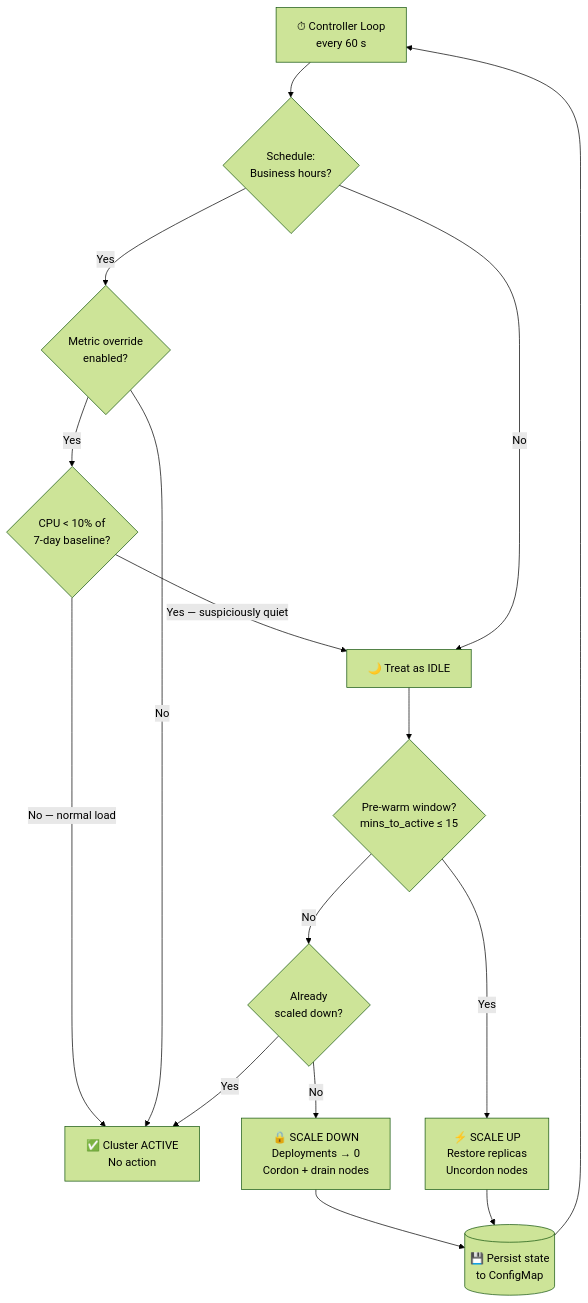
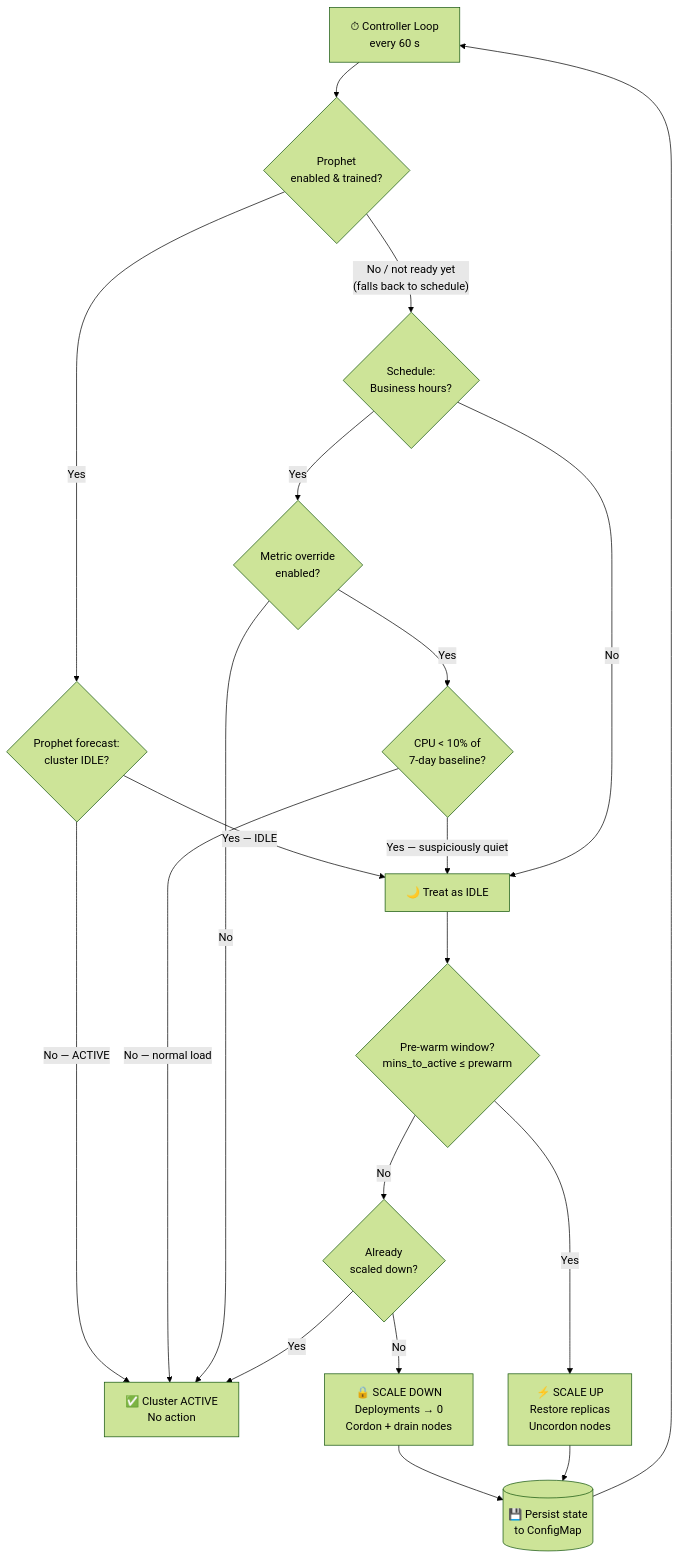
The first of 7 diagrams in OVERVIEW.md (sriaratragada/Dynamic-Predictive-FinOps-Cluster-Down-Scaler), drawn with Mermaid (forest theme) before and after one commit. The commit also changed other lines of this file and 2 other files, not shown here.

````diff
--- a/OVERVIEW.md
+++ b/OVERVIEW.md
@@ -36,18 +38,26 @@
 ```mermaid
 flowchart TD
-  A["⏱ Controller Loop\nevery 60 s"] --> B{"Schedule:\nBusiness hours?"}
-  B -- Yes --> C{"Metric override\nenabled?"}
-  C -- Yes --> D{"CPU < 10% of\n7-day baseline?"}
-  D -- "No — normal load" --> E["✅ Cluster ACTIVE\nNo action"]
-  C -- No --> E
-  D -- "Yes — suspiciously quiet" --> F["🌙 Treat as IDLE"]
-  B -- No --> F
-  F --> G{"Pre-warm window?\nmins_to_active ≤ 15"}
-  G -- Yes --> H["⚡ SCALE UP\nRestore replicas\nUncordon nodes"]
-  G -- No --> I{"Already\nscaled down?"}
-  I -- Yes --> E
-  I -- No --> J["🔒 SCALE DOWN\nDeployments → 0\nCordon + drain nodes"]
-  J --> K[("💾 Persist state\nto ConfigMap")]
-  H --> K
-  K --> A
+  A["⏱ Controller Loop\nevery 60 s"] --> B{"Prophet\nenabled & trained?"}
+
+  B -- Yes --> C{"Prophet forecast:\ncluster IDLE?"}
+  C -- "No — ACTIVE" --> E["✅ Cluster ACTIVE\nNo action"]
+  C -- "Yes — IDLE" --> F["🌙 Treat as IDLE"]
+
+  B -- "No / not ready yet\n(falls back to schedule)" --> G{"Schedule:\nBusiness hours?"}
+  G -- Yes --> H{"Metric override\nenabled?"}
+  H -- Yes --> I{"CPU < 10% of\n7-day baseline?"}
+  I -- "No — normal load" --> E
+  H -- No --> E
+  I -- "Yes — suspiciously quiet" --> F
+
+  G -- No --> F
+
+  F --> J{"Pre-warm window?\nmins_to_active ≤ prewarm"}
+  J -- Yes --> K["⚡ SCALE UP\nRestore replicas\nUncordon nodes"]
+  J -- No --> L{"Already\nscaled down?"}
+  L -- Yes --> E
+  L -- No --> M["🔒 SCALE DOWN\nDeployments → 0\nCordon + drain nodes"]
+  M --> N[("💾 Persist state\nto ConfigMap")]
+  K --> N
+  N --> A
 ```
````
